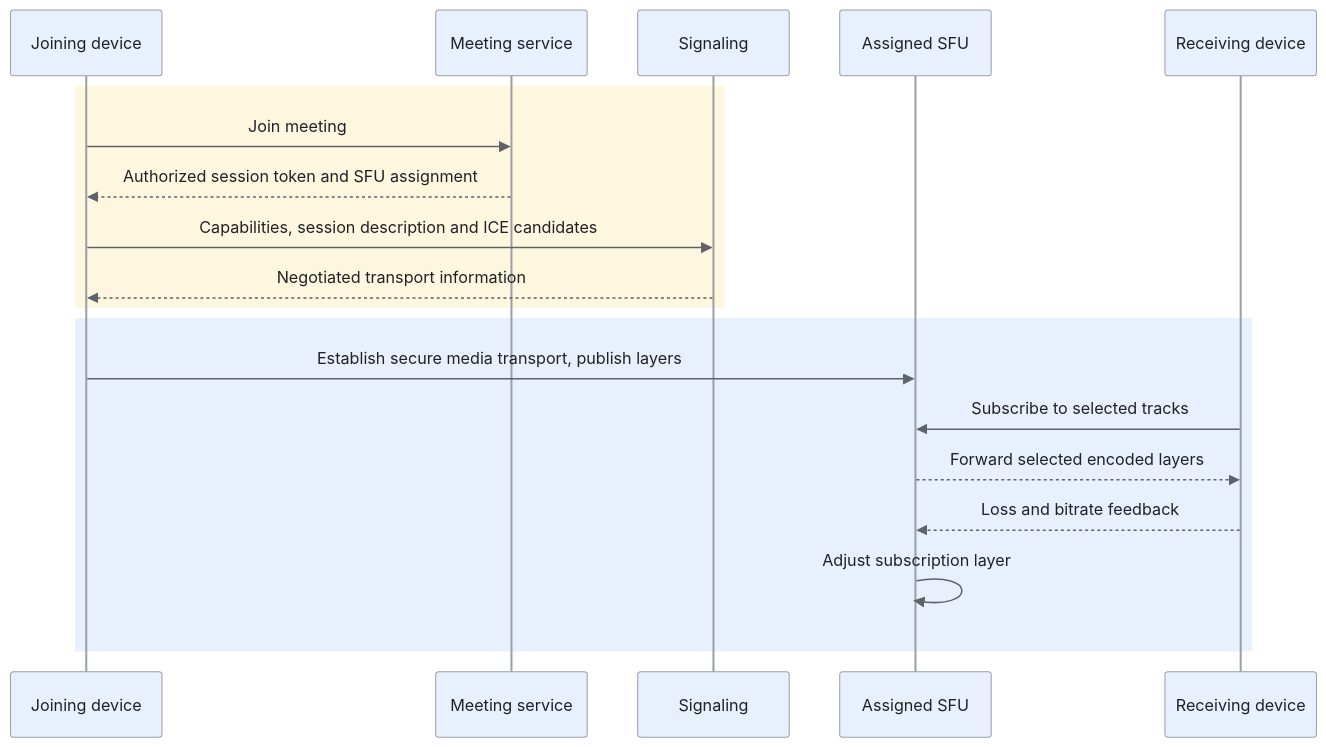
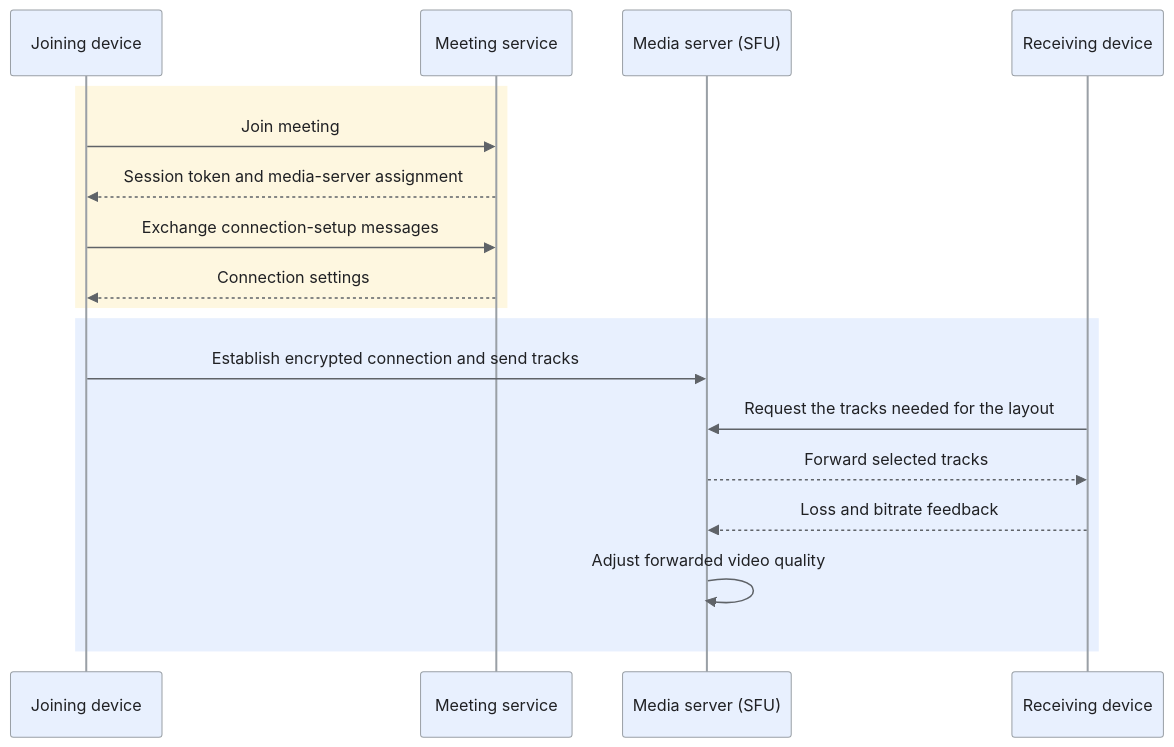
Before and after one commit to iliazlobin/iliazlobin.github.io: the second of 7 diagrams in _designs/system-design-video-conferencing-zoom.md, drawn with Mermaid. The commit also changed other lines of this file and 1 other file, not shown here.

````diff
--- a/_designs/system-design-video-conferencing-zoom.md
+++ b/_designs/system-design-video-conferencing-zoom.md
@@ -186,23 +195,22 @@
 ```mermaid
-%%{init: {'theme':'base','themeVariables':{'primaryColor':'#e8f0fe','primaryTextColor':'#202124','primaryBorderColor':'#9aa0a6','lineColor':'#5f6368','secondaryColor':'#e6f4ea','tertiaryColor':'#fef7e0','actorBkg':'#e8f0fe','actorBorder':'#9aa0a6','actorTextColor':'#202124','noteBkgColor':'#fef7e0','noteTextColor':'#202124','noteBorderColor':'#9aa0a6','signalColor':'#5f6368','signalTextColor':'#202124','labelBoxBkgColor':'#fef7e0','labelBoxBorderColor':'#9aa0a6'}}}%%
+%%{init: {'theme':'base','htmlLabels':false,'flowchart':{'htmlLabels':false},'themeVariables':{'fontFamily':'Arial, sans-serif','primaryColor':'#e8f0fe','primaryTextColor':'#202124','primaryBorderColor':'#9aa0a6','lineColor':'#5f6368','secondaryColor':'#e6f4ea','tertiaryColor':'#fef7e0','actorBkg':'#e8f0fe','actorBorder':'#9aa0a6','actorTextColor':'#202124','noteBkgColor':'#fef7e0','noteTextColor':'#202124','noteBorderColor':'#9aa0a6','signalColor':'#5f6368','signalTextColor':'#202124','labelBoxBkgColor':'#fef7e0','labelBoxBorderColor':'#9aa0a6'}}}%%
 sequenceDiagram
   participant U as Joining device
   participant M as Meeting service
-  participant S as Signaling
-  participant F as Assigned SFU
+  participant F as Media server (SFU)
   participant R as Receiving device
   rect rgb(254, 247, 224)
     U->>M: Join meeting
-    M-->>U: Authorized session token and SFU assignment
-    U->>S: Capabilities, session description and ICE candidates
-    S-->>U: Negotiated transport information
+    M-->>U: Session token and media-server assignment
+    U->>M: Exchange connection-setup messages
+    M-->>U: Connection settings
   end
   rect rgb(232, 240, 254)
-    U->>F: Establish secure media transport, publish layers
-    R->>F: Subscribe to selected tracks
-    F-->>R: Forward selected encoded layers
+    U->>F: Establish encrypted connection and send tracks
+    R->>F: Request the tracks needed for the layout
+    F-->>R: Forward selected tracks
     R-->>F: Loss and bitrate feedback
-    F->>F: Adjust subscription layer
+    F->>F: Adjust forwarded video quality
   end
 
 ```
````
